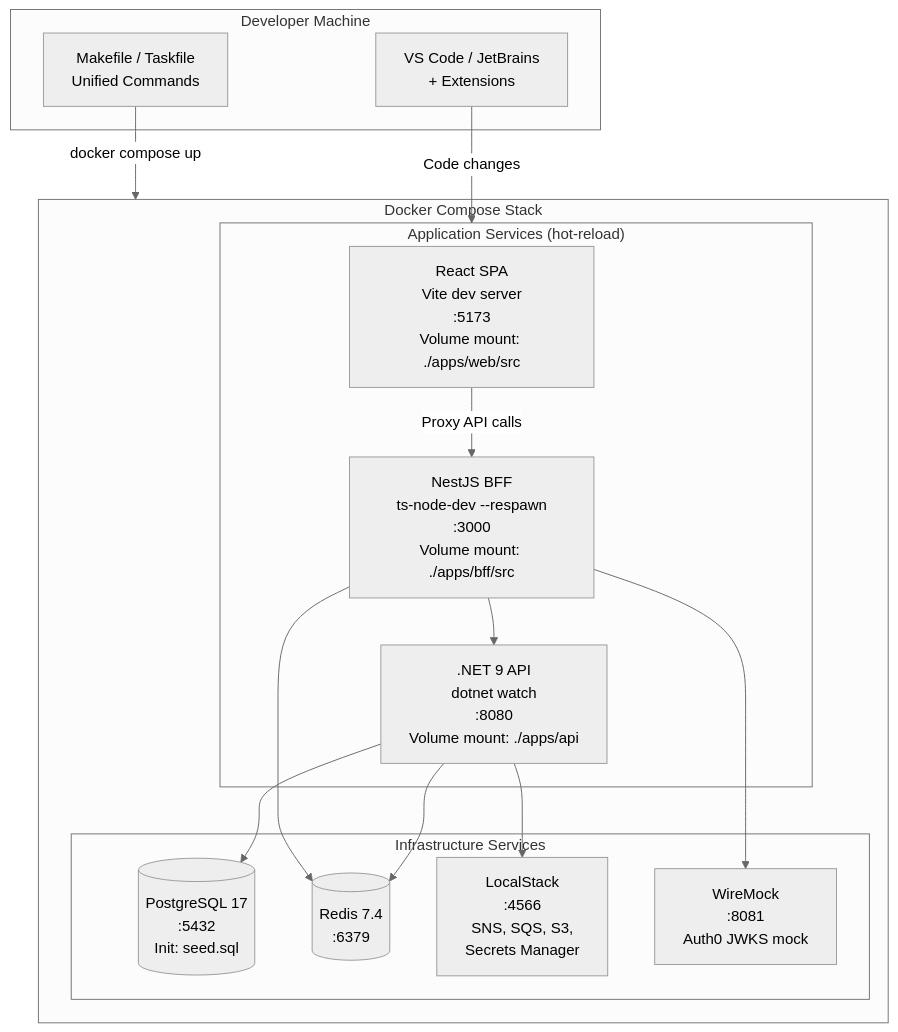
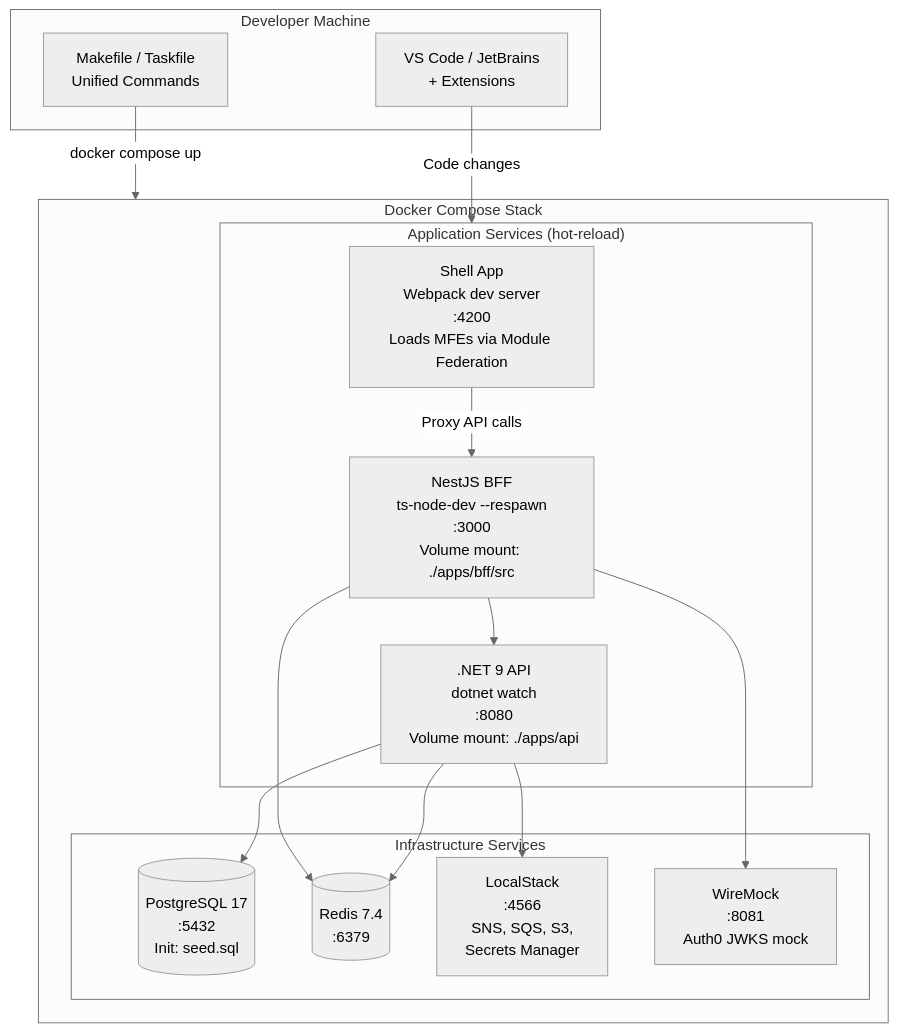
Diagram 23 of 24 in docs/superpowers/specs/2026-04-17-employee-budget-allocation-design.md (sukhesh035/employee_budget_allocation), drawn with Mermaid (neutral theme) before and after one commit. The commit also changed other lines of this file and 7 other files, not shown here.

First line of the commit message:
Restructure to micro frontend architecture with Module Federation

````diff
--- a/docs/superpowers/specs/2026-04-17-employee-budget-allocation-design.md
+++ b/docs/superpowers/specs/2026-04-17-employee-budget-allocation-design.md
@@ -2232,33 +2272,33 @@
 ```mermaid
 flowchart TB
     subgraph Host["Developer Machine"]
         IDE[VS Code / JetBrains<br/>+ Extensions]
         MAKE[Makefile / Taskfile<br/>Unified Commands]
     end
 
     subgraph DockerCompose["Docker Compose Stack"]
         subgraph Services["Application Services (hot-reload)"]
-            SPA["React SPA<br/>Vite dev server<br/>:5173<br/>Volume mount: ./apps/web/src"]
+            SPA["Shell App<br/>Webpack dev server<br/>:4200<br/>Loads MFEs via Module Federation"]
             BFF["NestJS BFF<br/>ts-node-dev --respawn<br/>:3000<br/>Volume mount: ./apps/bff/src"]
             DOTNET[".NET 9 API<br/>dotnet watch<br/>:8080<br/>Volume mount: ./apps/api"]
         end
 
         subgraph Infra["Infrastructure Services"]
             PG[(PostgreSQL 17<br/>:5432<br/>Init: seed.sql)]
             REDIS_LOCAL[(Redis 7.4<br/>:6379)]
             LOCALSTACK[LocalStack<br/>:4566<br/>SNS, SQS, S3,<br/>Secrets Manager]
             WIREMOCK[WireMock<br/>:8081<br/>Auth0 JWKS mock]
         end
 
         SPA -->|"Proxy API calls"| BFF
         BFF --> DOTNET
         DOTNET --> PG
         DOTNET --> REDIS_LOCAL
         BFF --> REDIS_LOCAL
         DOTNET --> LOCALSTACK
         BFF --> WIREMOCK
     end
 
     IDE -->|"Code changes"| Services
     MAKE -->|"docker compose up"| DockerCompose
 ```
````
